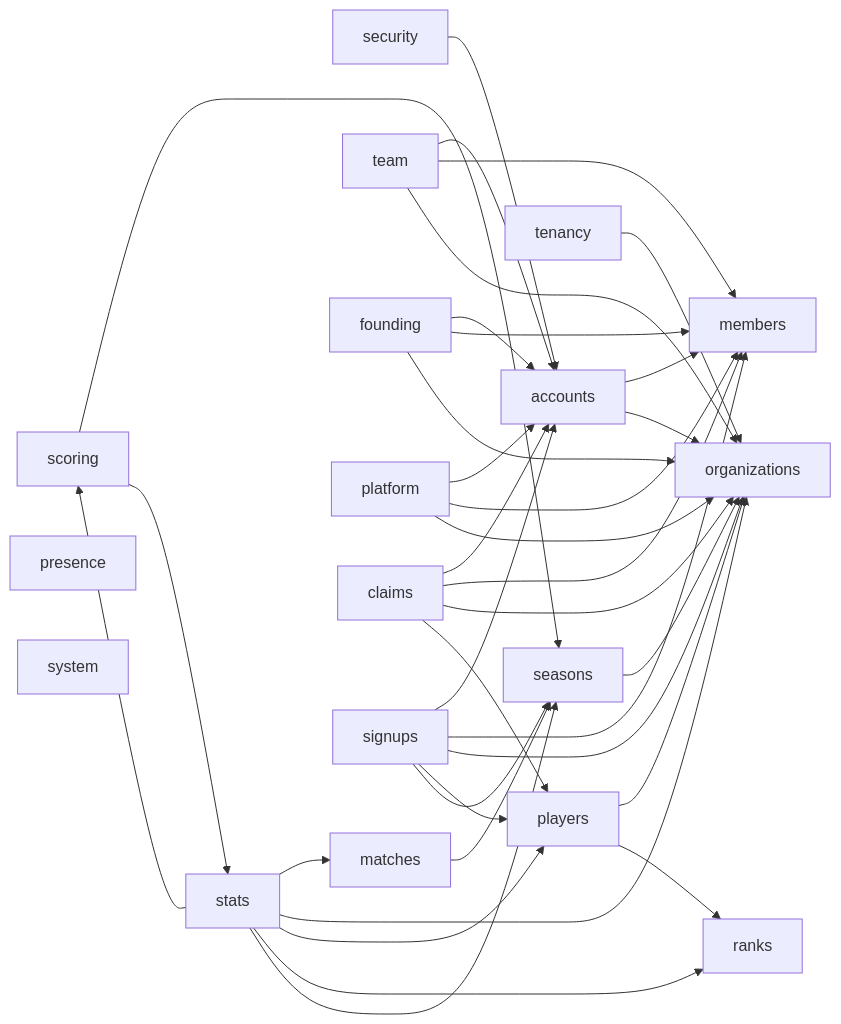
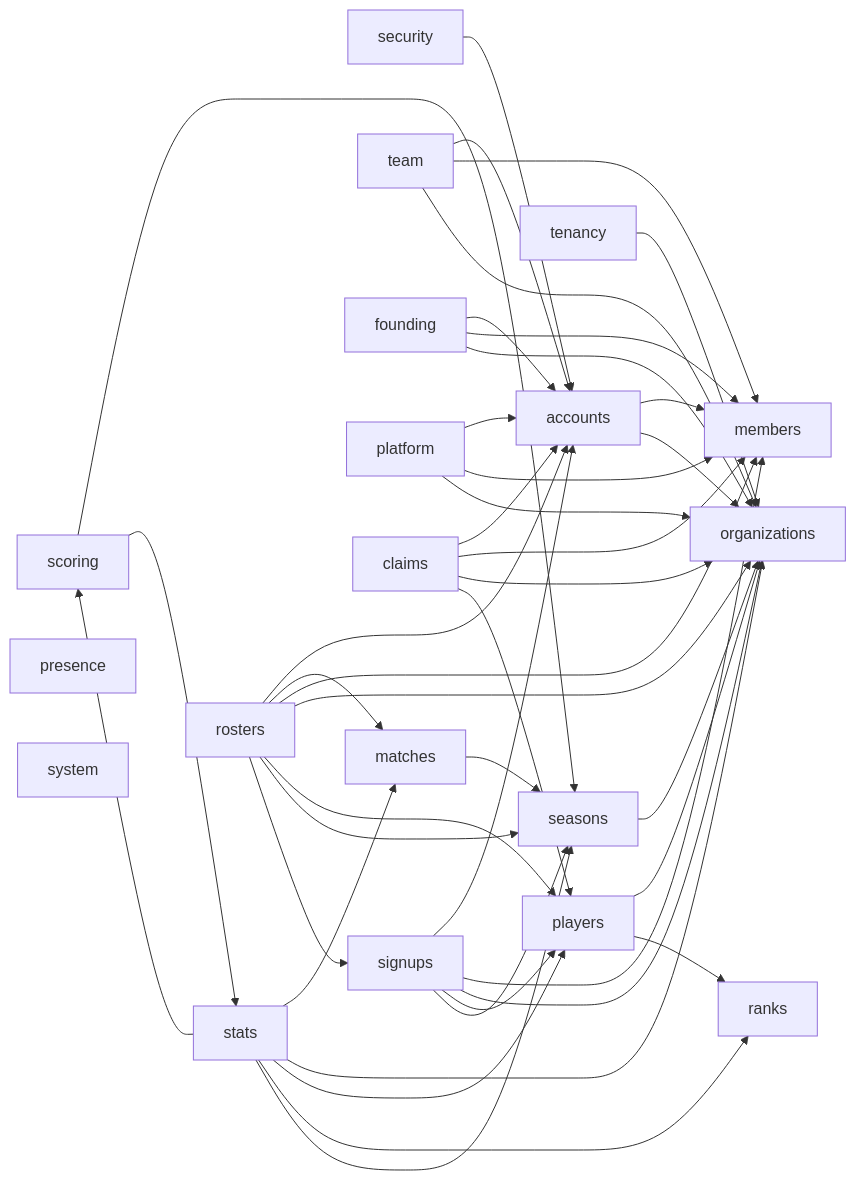
One commit to irmahs-labs/tournament-leaderboard changed the third of 7 diagrams in docs/context-graph.md. Above: the diagram before and after it, drawn with Mermaid. The commit also changed other lines of this file and 35 other files, not shown here.

First line of the commit message:
feat: the schedule and match rosters, with players' answers

````diff
--- a/docs/context-graph.md
+++ b/docs/context-graph.md
@@ -42,39 +42,46 @@
 ```mermaid
 flowchart LR
     security --> accounts
     accounts --> members
     accounts --> organizations
     tenancy --> organizations
     players --> organizations
     players --> ranks
     seasons --> organizations
     matches --> seasons
     scoring --> seasons
     scoring --> stats
     stats --> matches
     stats --> organizations
     stats --> players
     stats --> ranks
     stats --> scoring
     stats --> seasons
     team --> accounts
     team --> members
     team --> organizations
     founding --> accounts
     founding --> members
     founding --> organizations
     platform --> accounts
     platform --> members
     platform --> organizations
     claims --> accounts
     claims --> members
     claims --> organizations
     claims --> players
     signups --> accounts
     signups --> members
     signups --> organizations
     signups --> players
     signups --> seasons
+    rosters --> accounts
+    rosters --> matches
+    rosters --> members
+    rosters --> organizations
+    rosters --> players
+    rosters --> seasons
+    rosters --> signups
     presence
     system
 ```
````
